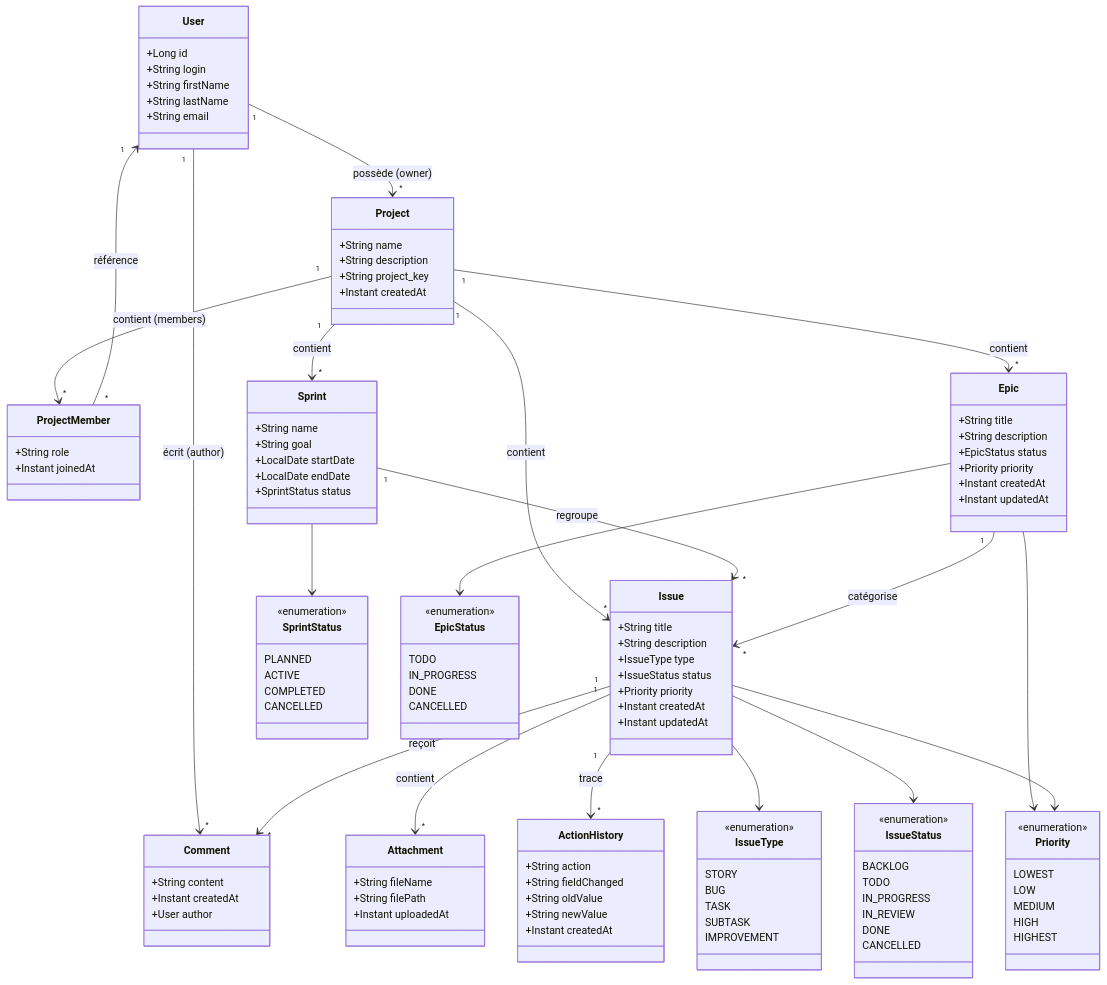
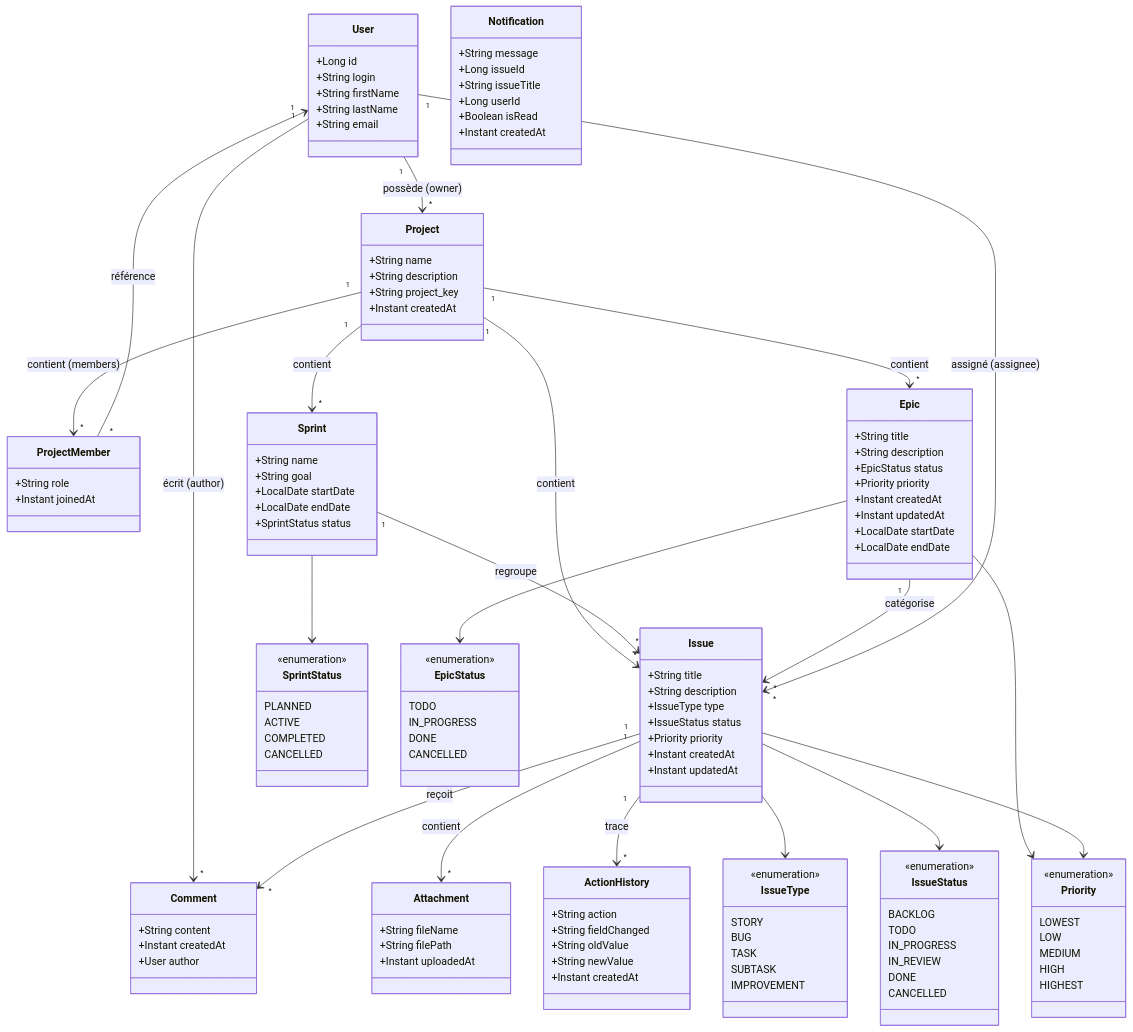
One commit to 24231-Brahim/gestion_taches changed the first of 19 diagrams in docs/fiche-classes.md. Above: the diagram before and after it, drawn with Mermaid. The commit also changed other lines of this file, not shown here.

```diff
--- a/docs/fiche-classes.md
+++ b/docs/fiche-classes.md
@@ -39,6 +39,8 @@
         +Priority priority
         +Instant createdAt
         +Instant updatedAt
+        +LocalDate startDate
+        +LocalDate endDate
     }
 
     class Issue {
@@ -68,6 +70,15 @@
         +String fieldChanged
         +String oldValue
         +String newValue
+        +Instant createdAt
+    }
+
+    class Notification {
+        +String message
+        +Long issueId
+        +String issueTitle
+        +Long userId
+        +Boolean isRead
         +Instant createdAt
     }
 
@@ -124,6 +135,7 @@
     Sprint "1" --> "*" Issue : regroupe
     Epic "1" --> "*" Issue : catégorise
     User "1" --> "*" Comment : écrit (author)
+    User "1" --> "*" Issue : assigné (assignee)
     Issue "1" --> "*" Comment : reçoit
     Issue "1" --> "*" Attachment : contient
     Issue "1" --> "*" ActionHistory : trace
```
